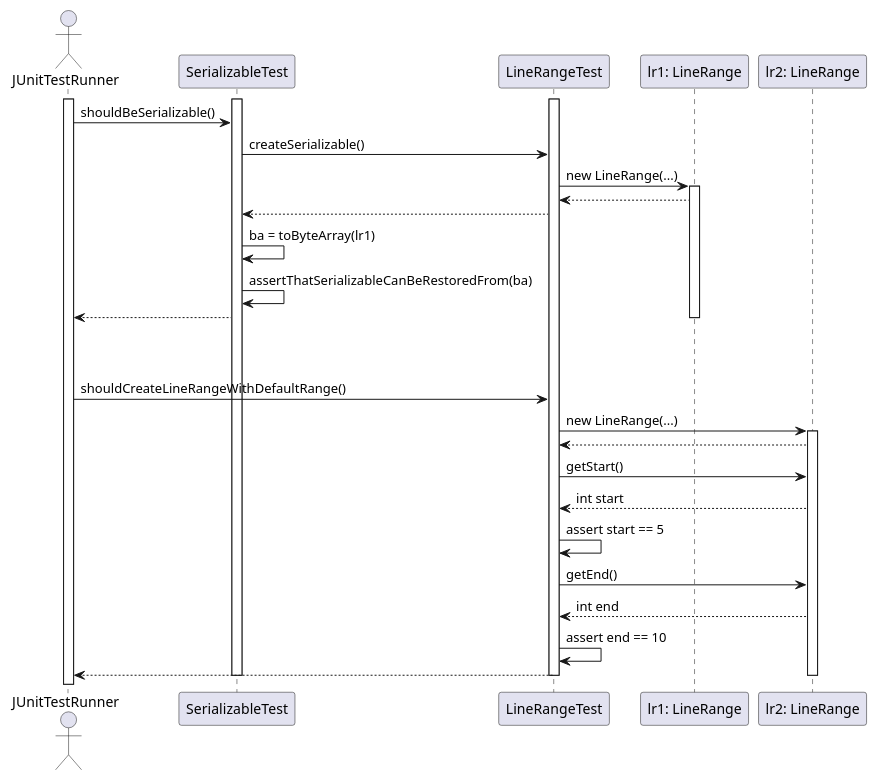
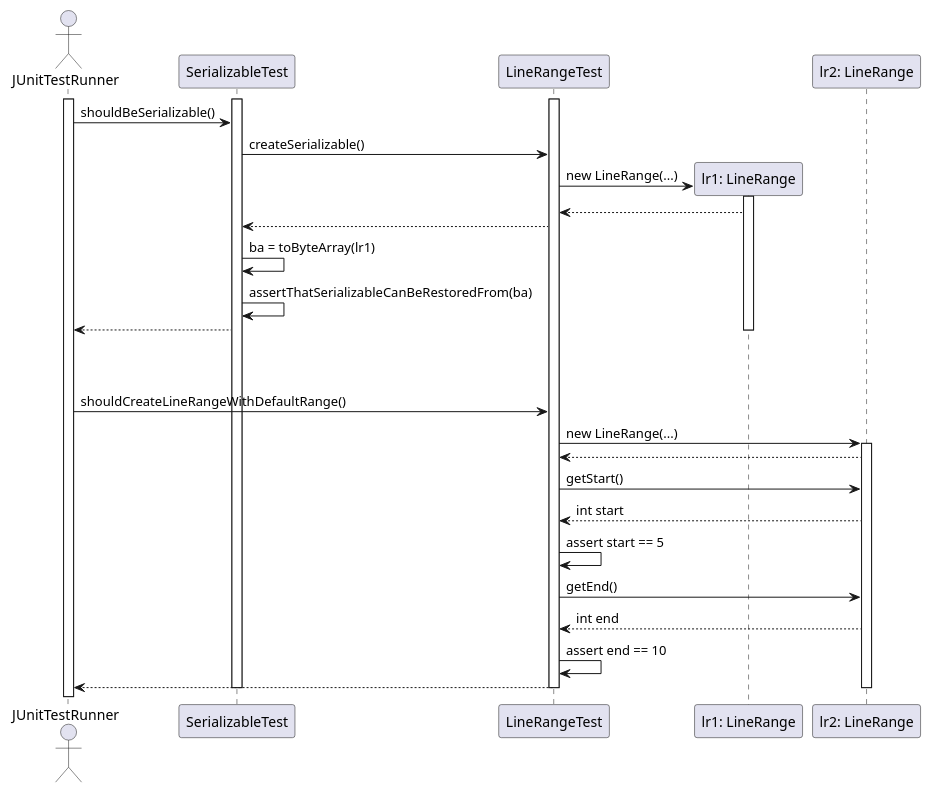
Before and after one commit to jenkinsci/analysis-model: the diagram in doc/LineRangeTest_Factory_Method_Pattern_Sequence_Diagram.puml, drawn with PlantUML.

Commit message:
Add suggestion for uml diagram

```diff
--- a/doc/LineRangeTest_Factory_Method_Pattern_Sequence_Diagram.puml
+++ b/doc/LineRangeTest_Factory_Method_Pattern_Sequence_Diagram.puml
@@ -1,39 +1,40 @@
 @startuml
 
 actor JUnitTestRunner
 participant SerializableTest
 participant LineRangeTest
 participant "lr1: LineRange" as lr1
 participant "lr2: LineRange" as lr2
 
 activate JUnitTestRunner
 activate SerializableTest
 activate LineRangeTest
 JUnitTestRunner -> SerializableTest : shouldBeSerializable()
 SerializableTest -> LineRangeTest : createSerializable()
+create lr1
 LineRangeTest -> lr1 : new LineRange(...)
 activate lr1
 lr1 --> LineRangeTest
 LineRangeTest --> SerializableTest
 SerializableTest -> SerializableTest : ba = toByteArray(lr1)
 SerializableTest -> SerializableTest : assertThatSerializableCanBeRestoredFrom(ba)
 JUnitTestRunner <-- SerializableTest
 deactivate lr1
 |||
 |||
 JUnitTestRunner-> LineRangeTest : shouldCreateLineRangeWithDefaultRange()
 LineRangeTest -> lr2 : new LineRange(...)
 activate lr2
 lr2 --> LineRangeTest
 LineRangeTest -> lr2 : getStart()
 lr2 --> LineRangeTest : int start
 LineRangeTest -> LineRangeTest : assert start == 5
 LineRangeTest -> lr2 : getEnd()
 lr2 --> LineRangeTest : int end
 LineRangeTest -> LineRangeTest : assert end == 10
 JUnitTestRunner<-- LineRangeTest
 deactivate LineRangeTest
 deactivate lr2
 deactivate SerializableTest
 
 @enduml
```
